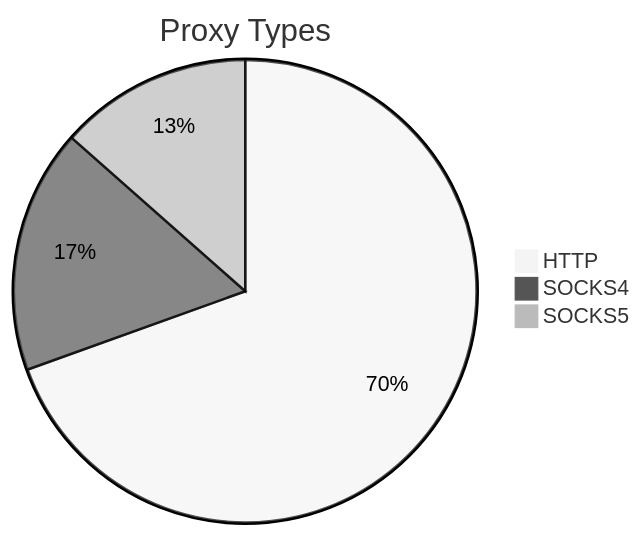
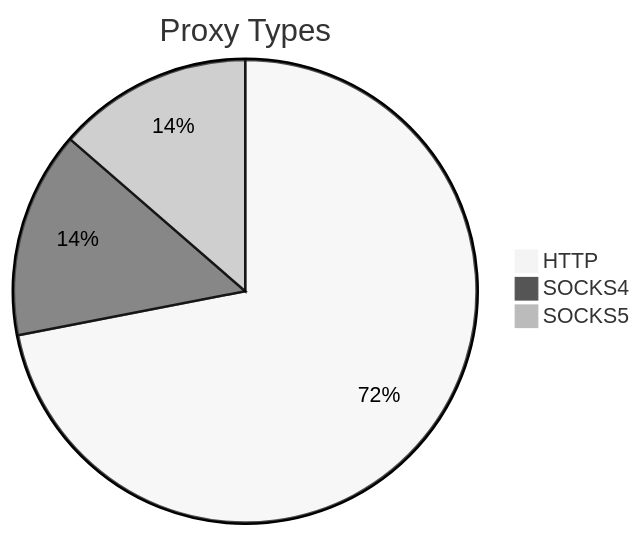
One commit to stormsia/proxy-list changed the first of 2 diagrams in README.md. Above: the diagram before and after it, drawn with Mermaid (neutral theme). The commit also changed other lines of this file, not shown here.

````diff
--- a/README.md
+++ b/README.md
@@ -21,6 +21,6 @@
 ```mermaid
 pie title Proxy Types
-    "HTTP" : 531
-    "SOCKS4" : 130
-    "SOCKS5" : 103
+    "HTTP" : 449
+    "SOCKS4" : 90
+    "SOCKS5" : 85
 ```
````
